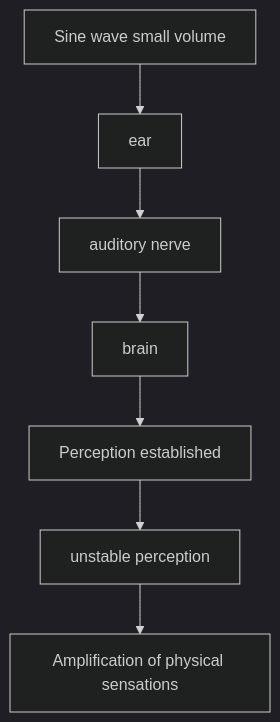
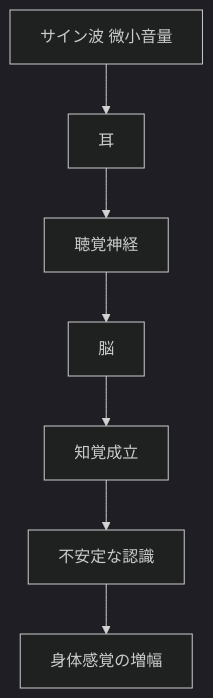
The ninth of 11 diagrams in en/_posts/2026-04-18-column-sachiko-m.md (monumental-movement/monumental-movement.github.io), drawn with Mermaid (dark theme) before and after one commit. The commit also changed other lines of this file and 2196 other files, not shown here.

```diff
--- a/en/_posts/2026-04-18-column-sachiko-m.md
+++ b/en/_posts/2026-04-18-column-sachiko-m.md
@@ -382,9 +381,9 @@
 <div class="mermaid">
 flowchart TB
-    A[Sine wave small volume] --> B[ear]
-    B --> C[auditory nerve]
-    C --> D[brain]
-    D --> E[Perception established]
-    E --> F[unstable perception]
-    F --> G[Amplification of physical sensations]
+    A[サイン波 微小音量] --> B[耳]
+    B --> C[聴覚神経]
+    C --> D[脳]
+    D --> E[知覚成立]
+    E --> F[不安定な認識]
+    F --> G[身体感覚の増幅]
 </div>
```
